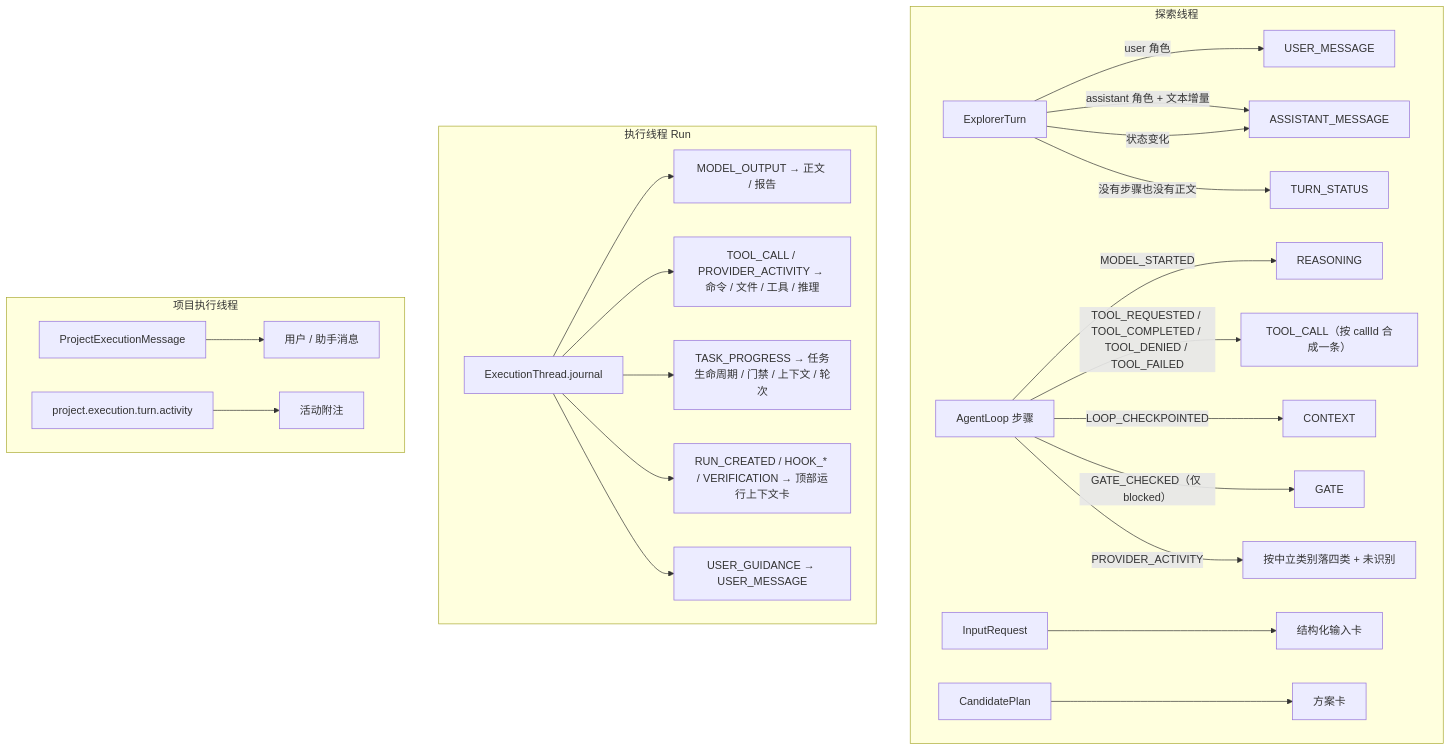
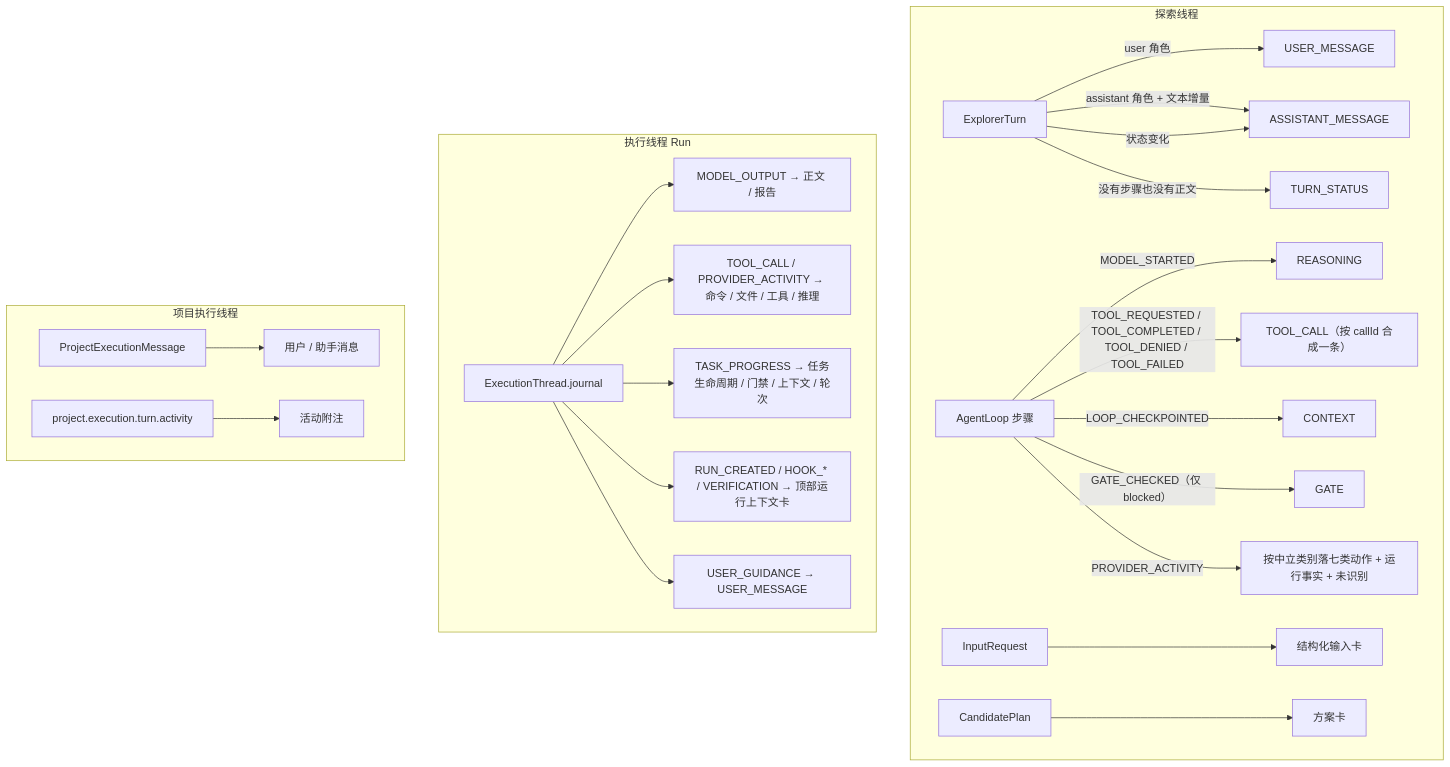
One commit to DigitalMarsh/pipeline-factory changed the ninth of 10 diagrams in docs/消息类型及事件状态机流程图.md. Above: the diagram before and after it, drawn with Mermaid. The commit also changed other lines of this file and 4 other files, not shown here.

````diff
--- a/docs/消息类型及事件状态机流程图.md
+++ b/docs/消息类型及事件状态机流程图.md
@@ -1133,27 +1218,27 @@
 ```mermaid
 flowchart TD
   subgraph 探索线程
     T["ExplorerTurn"] -->|"user 角色"| UM["USER_MESSAGE"]
     T -->|"assistant 角色 + 文本增量"| AM["ASSISTANT_MESSAGE"]
     T -->|"状态变化"| AM
     T -->|"没有步骤也没有正文"| TS["TURN_STATUS"]
     L["AgentLoop 步骤"] -->|"MODEL_STARTED"| RS["REASONING"]
     L -->|"TOOL_REQUESTED / TOOL_COMPLETED / TOOL_DENIED / TOOL_FAILED"| TOOL["TOOL_CALL（按 callId 合成一条）"]
     L -->|"LOOP_CHECKPOINTED"| CD["CONTEXT"]
     L -->|"GATE_CHECKED（仅 blocked）"| GT["GATE"]
-    L -->|"PROVIDER_ACTIVITY"| PA["按中立类别落四类 + 未识别"]
+    L -->|"PROVIDER_ACTIVITY"| PA["按中立类别落七类动作 + 运行事实 + 未识别"]
     IR["InputRequest"] --> IC["结构化输入卡"]
     P["CandidatePlan"] --> PC["方案卡"]
   end
   subgraph 执行线程 Run
     J["ExecutionThread.journal"] --> MOD["MODEL_OUTPUT → 正文 / 报告"]
     J --> TC["TOOL_CALL / PROVIDER_ACTIVITY → 命令 / 文件 / 工具 / 推理"]
     J --> TP["TASK_PROGRESS → 任务生命周期 / 门禁 / 上下文 / 轮次"]
     J --> RA["RUN_CREATED / HOOK_* / VERIFICATION → 顶部运行上下文卡"]
     J --> UG["USER_GUIDANCE → USER_MESSAGE"]
   end
   subgraph 项目执行线程
     PE["ProjectExecutionMessage"] --> PM["用户 / 助手消息"]
     EV["project.execution.turn.activity"] --> PAL["活动附注"]
   end
 ```
````
